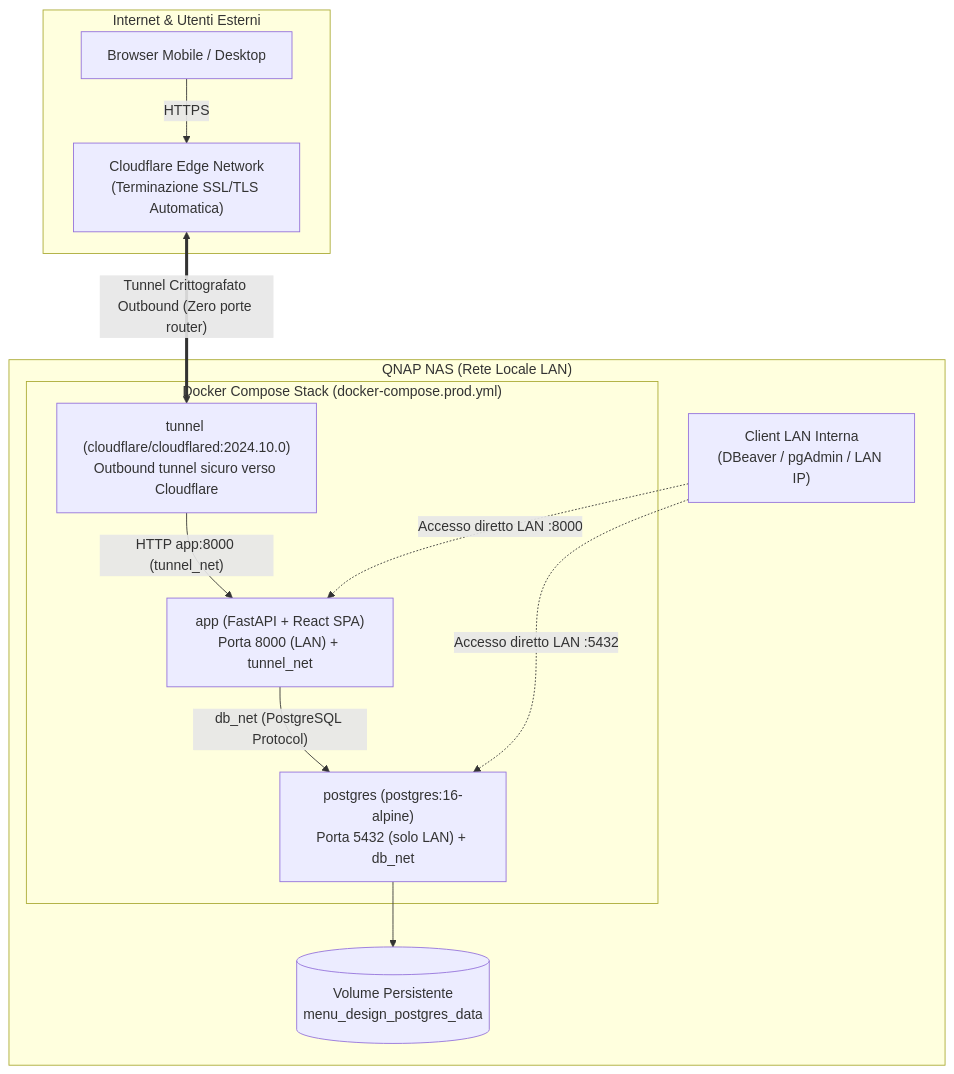
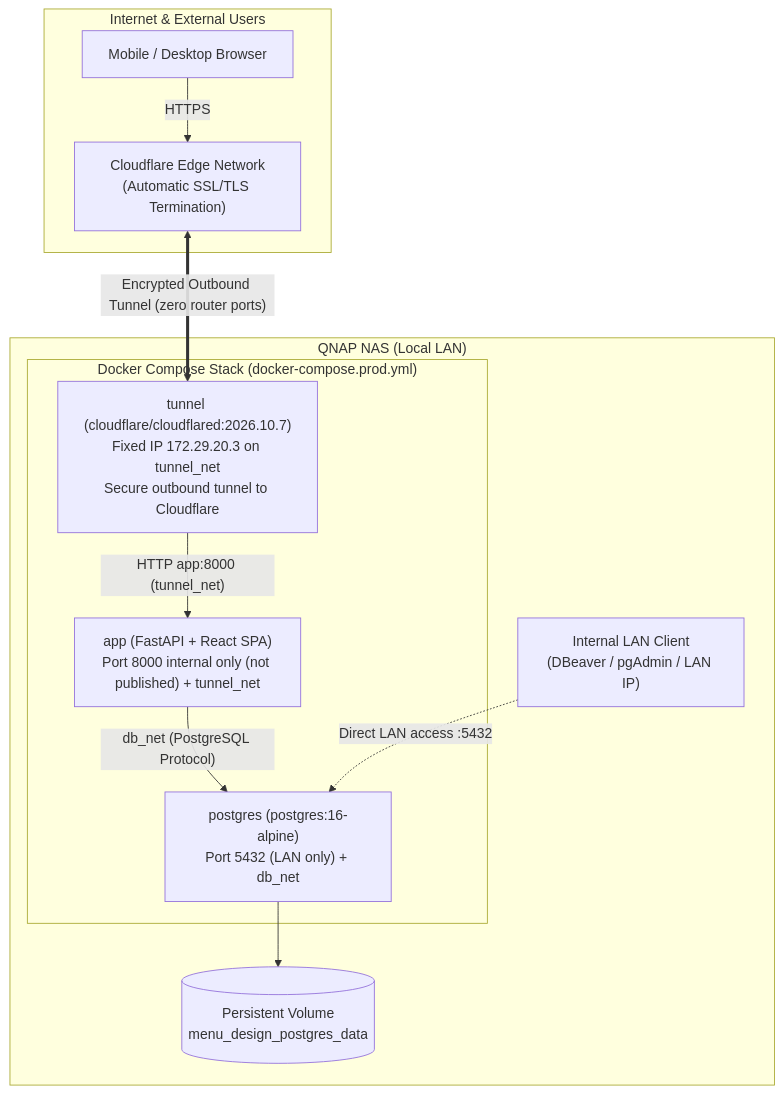
Before and after one commit to mrclttnz/menu-family-planner: the diagram in docs/DEPLOYMENT_DOCKER_EXTERNAL.md, drawn with Mermaid. The commit also changed other lines of this file and 5 other files, not shown here.

First line of the commit message:
chore(deploy): add prod compose template, pin tunnel IP, close port 8000 (#24)

````diff
--- a/docs/DEPLOYMENT_DOCKER_EXTERNAL.md
+++ b/docs/DEPLOYMENT_DOCKER_EXTERNAL.md
@@ -12,26 +12,25 @@
 ```mermaid
 flowchart TD
-    subgraph Internet["Internet & Utenti Esterni"]
-        Client["Browser Mobile / Desktop"]
-        CF["Cloudflare Edge Network\n(Terminazione SSL/TLS Automatica)"]
+    subgraph Internet["Internet & External Users"]
+        Client["Mobile / Desktop Browser"]
+        CF["Cloudflare Edge Network\n(Automatic SSL/TLS Termination)"]
     end
 
-    subgraph QNAP["QNAP NAS (Rete Locale LAN)"]
+    subgraph QNAP["QNAP NAS (Local LAN)"]
         subgraph DockerCompose["Docker Compose Stack (docker-compose.prod.yml)"]
-            Tunnel["tunnel (cloudflare/cloudflared:2024.10.0)\nOutbound tunnel sicuro verso Cloudflare"]
-            App["app (FastAPI + React SPA)\nPorta 8000 (LAN) + tunnel_net"]
-            DB["postgres (postgres:16-alpine)\nPorta 5432 (solo LAN) + db_net"]
+            Tunnel["tunnel (cloudflare/cloudflared:2026.10.7)\nFixed IP 172.29.20.3 on tunnel_net\nSecure outbound tunnel to Cloudflare"]
+            App["app (FastAPI + React SPA)\nPort 8000 internal only (not published) + tunnel_net"]
+            DB["postgres (postgres:16-alpine)\nPort 5432 (LAN only) + db_net"]
         end
 
-        Vol[("Volume Persistente\nmenu_design_postgres_data")]
-        LANClient["Client LAN Interna\n(DBeaver / pgAdmin / LAN IP)"]
+        Vol[("Persistent Volume\nmenu_design_postgres_data")]
+        LANClient["Internal LAN Client\n(DBeaver / pgAdmin / LAN IP)"]
     end
 
     Client -->|HTTPS| CF
-    CF <==>|"Tunnel Crittografato Outbound (Zero porte router)"| Tunnel
+    CF <==>|"Encrypted Outbound Tunnel (zero router ports)"| Tunnel
     Tunnel -->|"HTTP app:8000 (tunnel_net)"| App
     App -->|"db_net (PostgreSQL Protocol)"| DB
     DB --> Vol
-    LANClient -.->|"Accesso diretto LAN :5432"| DB
-    LANClient -.->|"Accesso diretto LAN :8000"| App
+    LANClient -.->|"Direct LAN access :5432"| DB
 ```
````
